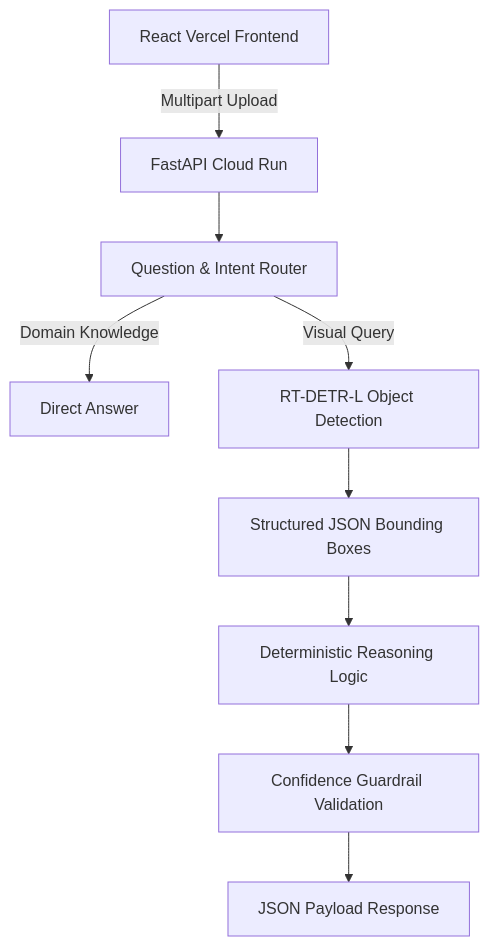
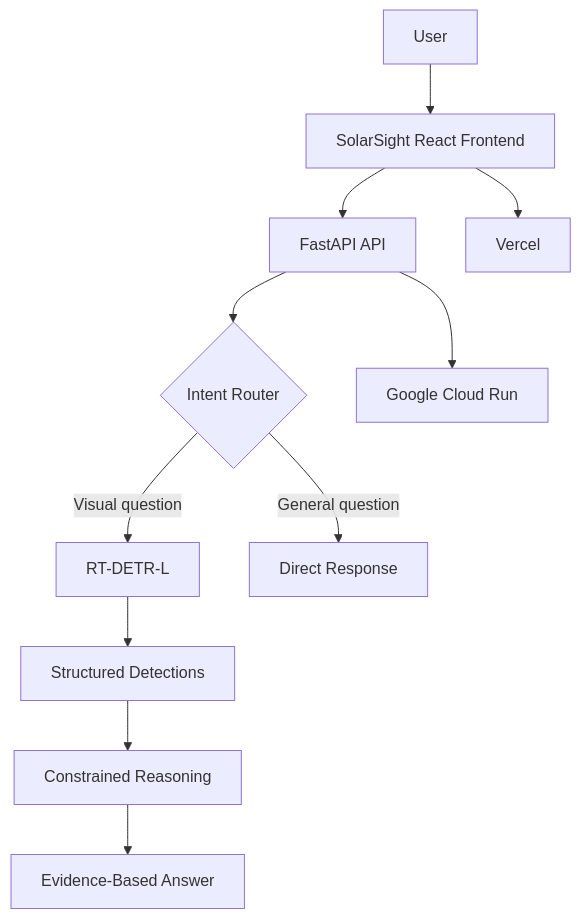
One commit to santhoshr-15/SolarSight changed the diagram in README.md. Above: the diagram before and after it, drawn with Mermaid. The commit also changed other lines of this file and 4 other files, not shown here.

````diff
--- a/README.md
+++ b/README.md
@@ -33,11 +65,14 @@
 ```mermaid
-graph TD
-    A[React Vercel Frontend] -->|Multipart Upload| B[FastAPI Cloud Run]
-    B --> C[Question & Intent Router]
-    C -->|Domain Knowledge| E[Direct Answer]
-    C -->|Visual Query| F[RT-DETR-L Object Detection]
-    F --> G[Structured JSON Bounding Boxes]
-    G --> H[Deterministic Reasoning Logic]
-    H --> I[Confidence Guardrail Validation]
-    I --> J[JSON Payload Response]
+flowchart TD
+    A[User] --> B[SolarSight React Frontend]
+    B --> C[FastAPI API]
+    C --> D{Intent Router}
+    D -->|Visual question| E[RT-DETR-L]
+    D -->|General question| F[Direct Response]
+    E --> G[Structured Detections]
+    G --> H[Constrained Reasoning]
+    H --> I[Evidence-Based Answer]
+    
+    B --> V[Vercel]
+    C --> R[Google Cloud Run]
 ```
````
